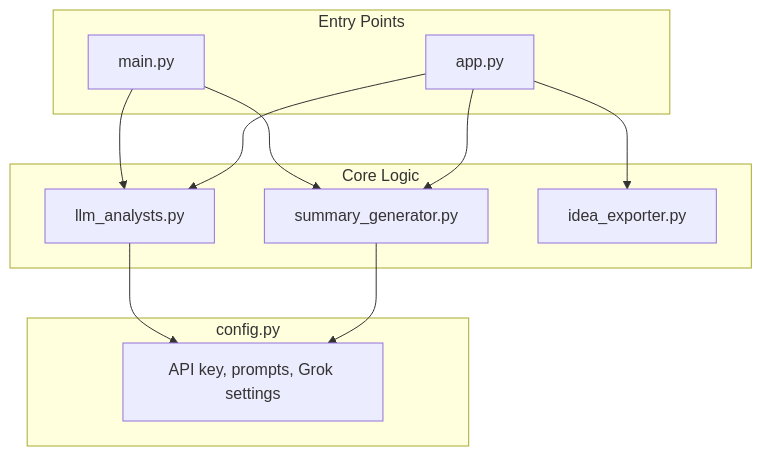
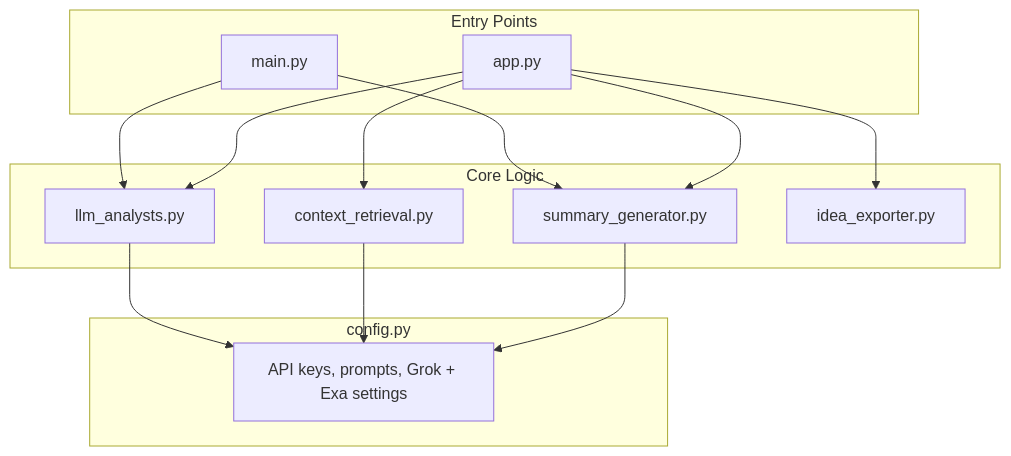
The fourth of 4 diagrams in README.md (dchong1/project_jam), drawn with Mermaid before and after one commit. The commit also changed other lines of this file, not shown here.

First line of the commit message:
docs: README updates for Exa RAG, CLI/Streamlit flow, architecture

````diff
--- a/README.md
+++ b/README.md
@@ -112,25 +126,28 @@
 ```mermaid
 flowchart TB
     subgraph Entry["Entry Points"]
         main[main.py]
         app[app.py]
     end
 
     subgraph Core["Core Logic"]
         llm[llm_analysts.py]
+        rag[context_retrieval.py]
         summary[summary_generator.py]
         exporter[idea_exporter.py]
     end
 
     subgraph Config["config.py"]
-        config[API key, prompts, Grok settings]
+        config[API keys, prompts, Grok + Exa settings]
     end
 
     main --> llm
     main --> summary
+    app --> rag
     app --> llm
     app --> summary
     app --> exporter
     llm --> config
+    rag --> config
     summary --> config
 ```
````
